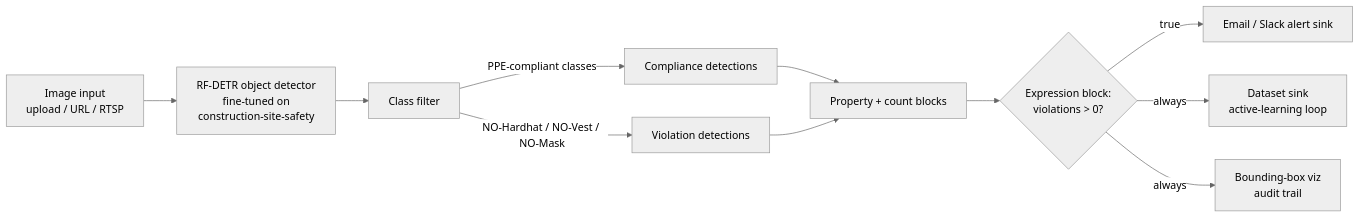
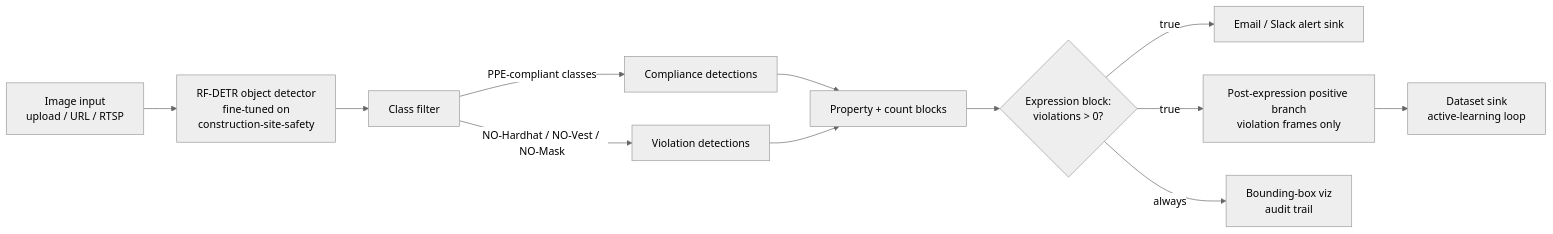
Before and after one commit to miskaone/foreman-cv: the diagram in README.md, drawn with Mermaid (neutral theme). The commit also changed other lines of this file and 3 other files, not shown here.

First line of the commit message:
Route active learning through the positive branch

````diff
--- a/README.md
+++ b/README.md
@@ -28,13 +28,14 @@
 ```mermaid
 graph LR
     A[Image input<br/>upload / URL / RTSP] --> B[RF-DETR object detector<br/>fine-tuned on<br/>construction-site-safety]
     B --> C[Class filter]
     C -->|PPE-compliant classes| D[Compliance detections]
     C -->|NO-Hardhat / NO-Vest / NO-Mask| E[Violation detections]
     D --> F[Property + count blocks]
     E --> F
     F --> G{Expression block:<br/>violations &gt; 0?}
     G -->|true| H[Email / Slack alert sink]
-    G -->|always| I[Dataset sink<br/>active-learning loop]
-    G -->|always| J[Bounding-box viz<br/>audit trail]
+    G -->|true| I[Post-expression positive branch<br/>violation frames only]
+    I --> J[Dataset sink<br/>active-learning loop]
+    G -->|always| K[Bounding-box viz<br/>audit trail]
 ```
````
